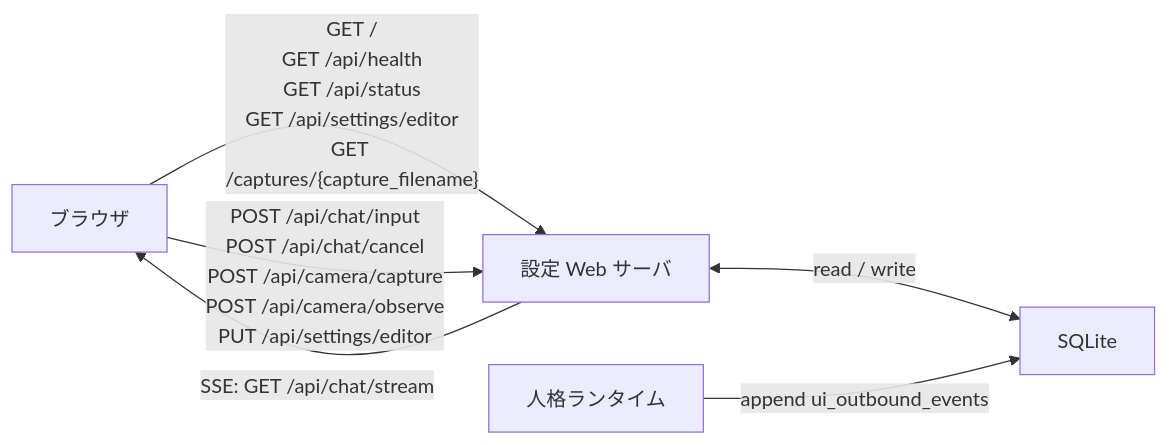
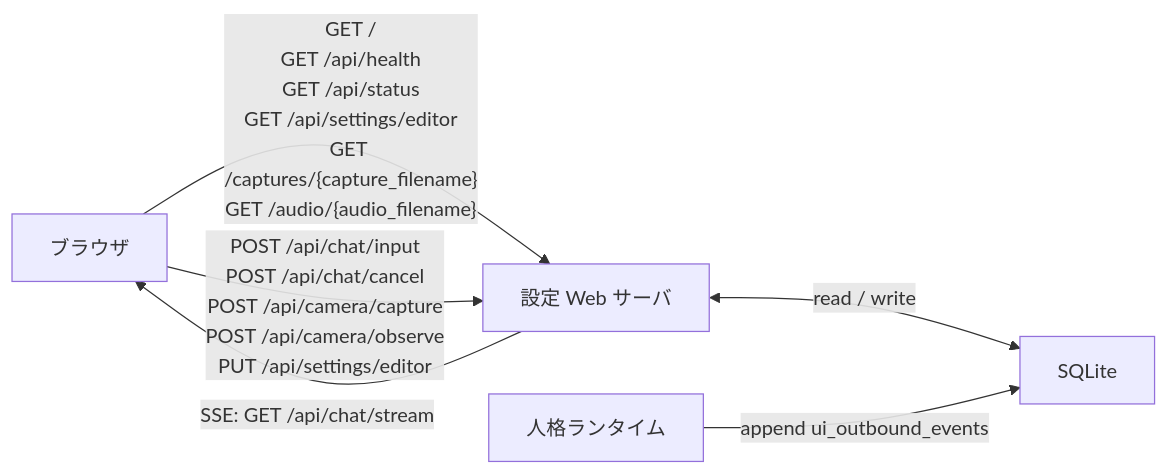
One commit to hirona98/OtomeKairo changed the diagram in docs/35_WebAPI仕様.md. Above: the diagram before and after it, drawn with Mermaid. The commit also changed other lines of this file and 16 other files, not shown here.

````diff
--- a/docs/35_WebAPI仕様.md
+++ b/docs/35_WebAPI仕様.md
@@ -93,8 +94,8 @@
 ```mermaid
 flowchart LR
-    browser["ブラウザ"] -->|"GET /\nGET /api/health\nGET /api/status\nGET /api/settings/editor\nGET /captures/{capture_filename}"| web["設定 Web サーバ"]
+    browser["ブラウザ"] -->|"GET /\nGET /api/health\nGET /api/status\nGET /api/settings/editor\nGET /captures/{capture_filename}\nGET /audio/{audio_filename}"| web["設定 Web サーバ"]
     browser -->|"POST /api/chat/input\nPOST /api/chat/cancel\nPOST /api/camera/capture\nPOST /api/camera/observe\nPUT /api/settings/editor"| web
     web <-->|read / write| db["SQLite"]
     runtime["人格ランタイム"] -->|"append ui_outbound_events"| db
     web -->|"SSE: GET /api/chat/stream"| browser
 ```
````
